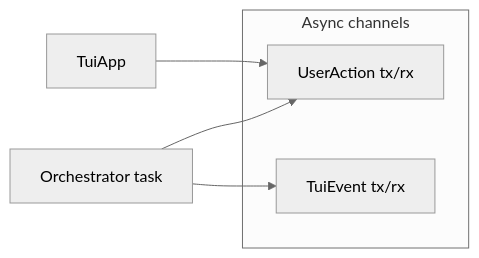
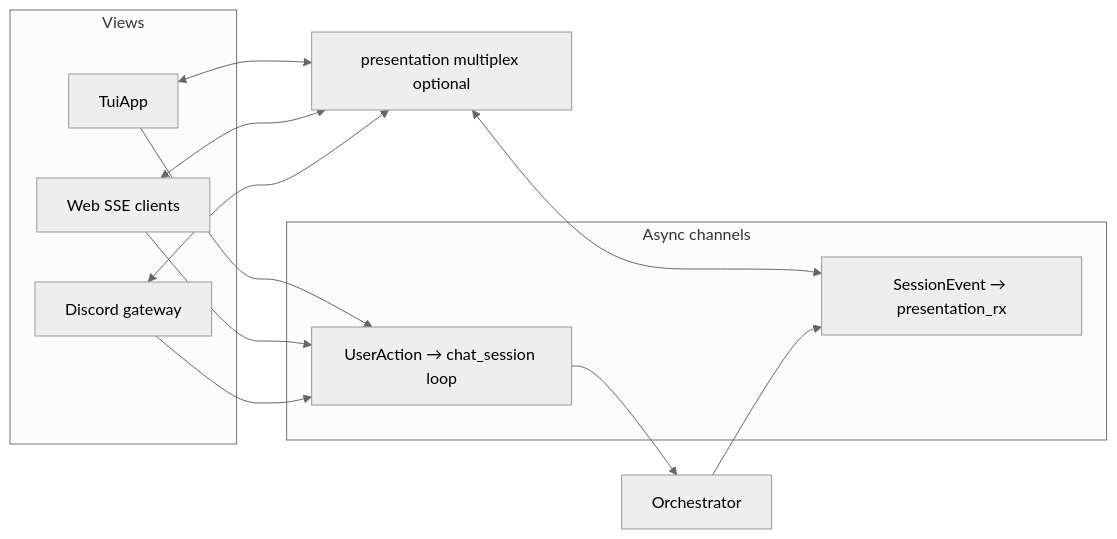
Before and after one commit to janpauldahlke/eris: the diagram in docs/updated_architecture/06_UI_TELEMETRY_OPERATIONS.md, drawn with Mermaid (neutral theme). The commit also changed other lines of this file and 11 other files, not shown here.

````diff
--- a/docs/updated_architecture/06_UI_TELEMETRY_OPERATIONS.md
+++ b/docs/updated_architecture/06_UI_TELEMETRY_OPERATIONS.md
@@ -34,11 +63,26 @@
 ```mermaid
 flowchart LR
     subgraph channels["Async channels"]
-        A["UserAction tx/rx"]
-        T["TuiEvent tx/rx"]
+        A["UserAction → chat_session loop"]
+        P["SessionEvent → presentation_rx"]
     end
 
-    UI["TuiApp"] --> A
-    OR["Orchestrator task"] --> T
-    OR --> A
+    subgraph views["Views"]
+        TUI["TuiApp"]
+        WEB["Web SSE clients"]
+        DISC["Discord gateway"]
+    end
+
+    MUX["presentation multiplex optional"]
+    OR["Orchestrator"]
+
+    TUI <--> MUX
+    WEB <--> MUX
+    DISC <--> MUX
+    MUX <--> P
+    OR --> P
+    TUI --> A
+    WEB --> A
+    DISC --> A
+    A --> OR
 ```
````
